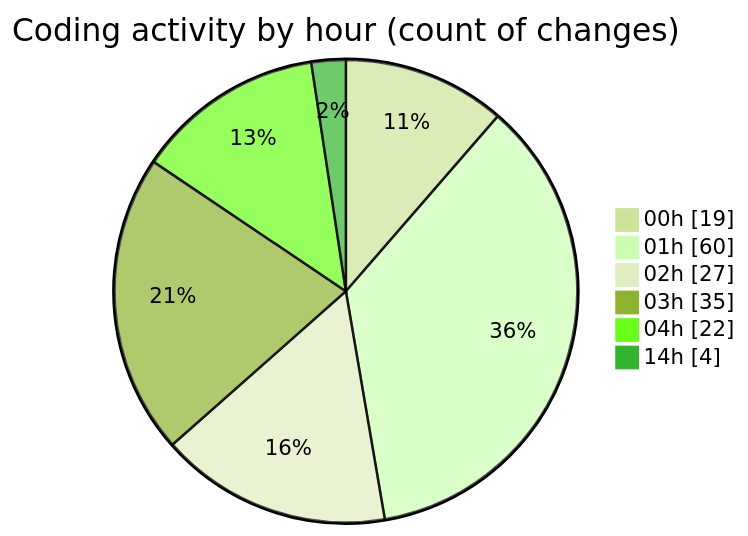
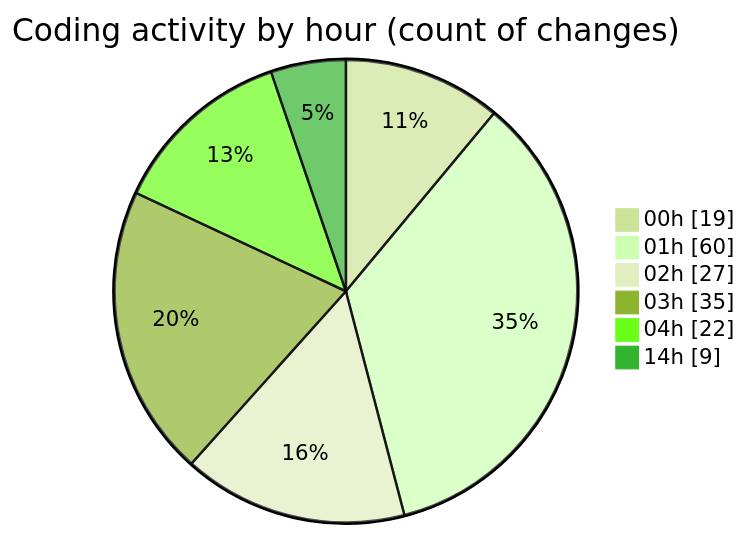
The second of 2 diagrams in 2025-07-25/quanlyrapchieuphim-1/README.md (lephambinh05/code-tracking), drawn with Mermaid (forest theme) before and after one commit. The commit also changed other lines of this file and 1 other file, not shown here.

````diff
--- a/2025-07-25/quanlyrapchieuphim-1/README.md
+++ b/2025-07-25/quanlyrapchieuphim-1/README.md
@@ -36,10 +36,10 @@
 ```mermaid
 pie showData
 title Coding activity by hour (count of changes)
 "00h" : 19
 "01h" : 60
 "02h" : 27
 "03h" : 35
 "04h" : 22
-"14h" : 4
+"14h" : 9
 ```
````
